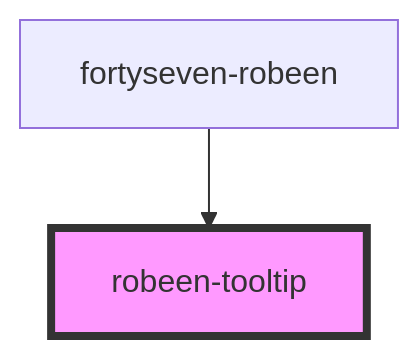
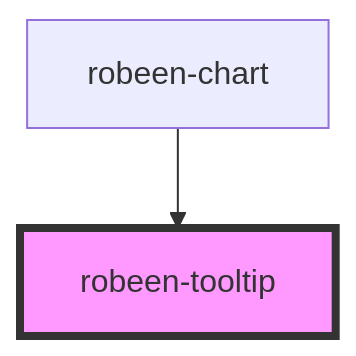
One commit to 47degrees/robeen changed the diagram in src/components/tooltip/readme.md. Above: the diagram before and after it, drawn with Mermaid. The commit also changed other lines of this file and 12 other files, not shown here.

````diff
--- a/src/components/tooltip/readme.md
+++ b/src/components/tooltip/readme.md
@@ -48,5 +48,5 @@
 ```mermaid
 graph TD;
-  fortyseven-robeen --> robeen-tooltip
+  robeen-chart --> robeen-tooltip
   style robeen-tooltip fill:#f9f,stroke:#333,stroke-width:4px
 ```
````
